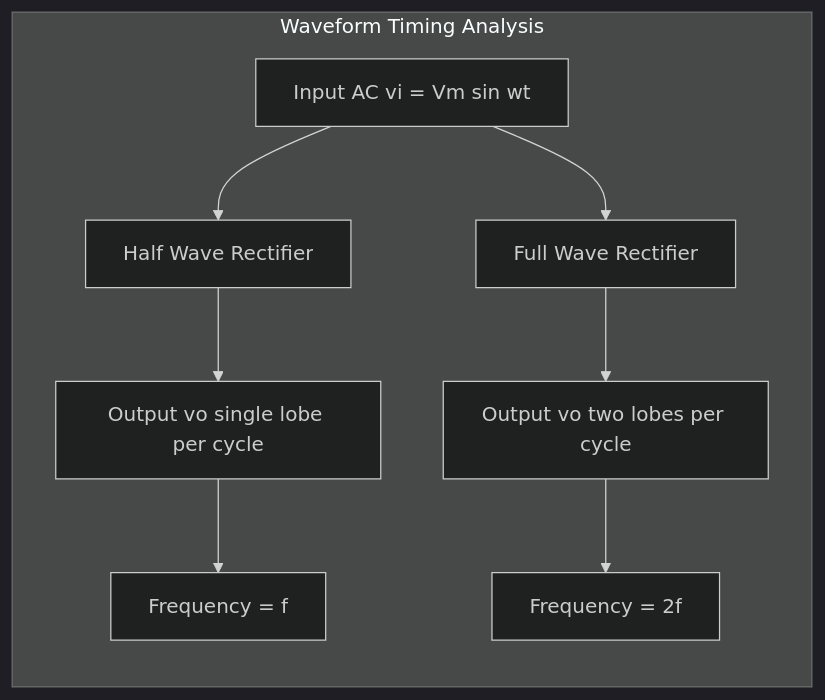
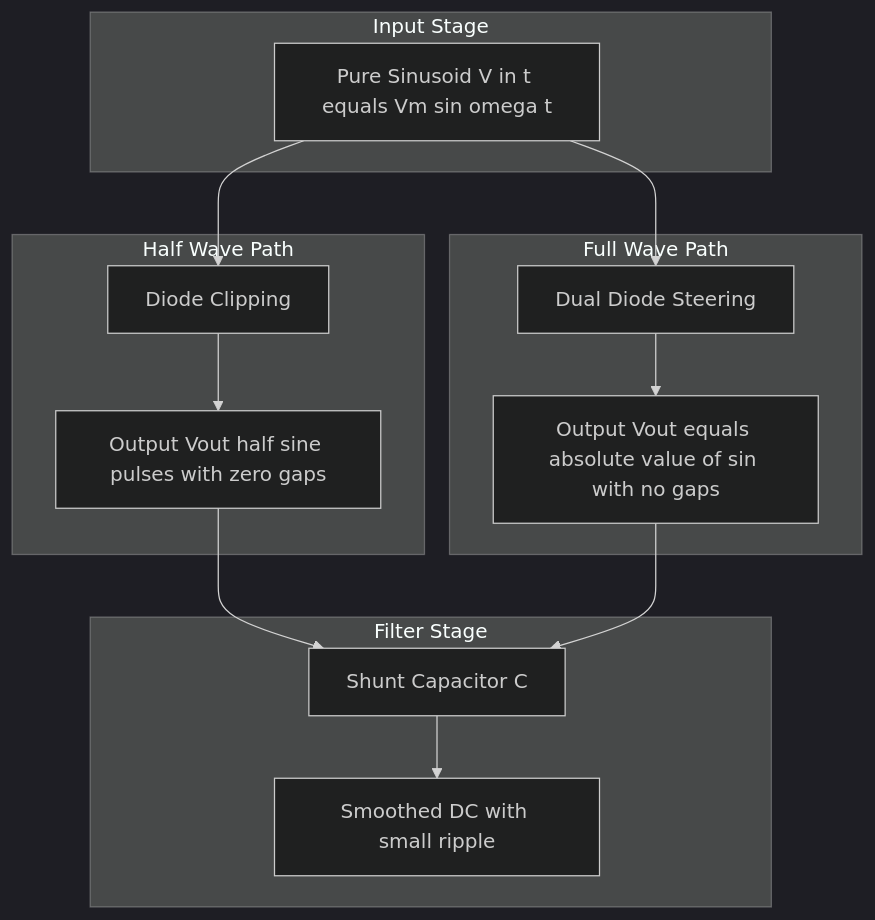
Before and after one commit to vishnuu-kr/ktunode: the fourth of 4 diagrams in public/notes/computer-science-and-engineering/semester-1/gapht121-physics-for-information-science/04-module-4-semiconductor-devices/semiconductor-devices-rectifiers-full-wave-and-half-wave/notes.md, drawn with Mermaid (dark theme). The commit also changed other lines of this file and 4829 other files, not shown here.

````diff
--- a/public/notes/computer-science-and-engineering/semester-1/gapht121-physics-for-information-science/04-module-4-semiconductor-devices/semiconductor-devices-rectifiers-full-wave-and-half-wave/notes.md
+++ b/public/notes/computer-science-and-engineering/semester-1/gapht121-physics-for-information-science/04-module-4-semiconductor-devices/semiconductor-devices-rectifiers-full-wave-and-half-wave/notes.md
@@ -516,12 +608,25 @@
 ```mermaid
-flowchart TB
-    subgraph WF[Waveform Timing Analysis]
-        direction TB
-        A[Input AC vi = Vm sin wt] --> B[Half Wave Rectifier]
-        A --> C[Full Wave Rectifier]
-        B --> D[Output vo single lobe per cycle]
-        C --> E[Output vo two lobes per cycle]
-        D --> F[Frequency = f]
-        E --> G[Frequency = 2f]
+flowchart TD
+    subgraph Input_Stage[Input Stage]
+        Sin[Pure Sinusoid V in t equals Vm sin omega t]
     end
+    subgraph HWR_Path[Half Wave Path]
+        H1[Diode Clipping]
+        H2[Output Vout half sine pulses with zero gaps]
+    end
+    subgraph FWR_Path[Full Wave Path]
+        F1[Dual Diode Steering]
+        F2[Output Vout equals absolute value of sin with no gaps]
+    end
+    subgraph Filter_Stage[Filter Stage]
+        Cap1[Shunt Capacitor C]
+        Cap2[Smoothed DC with small ripple]
+    end
+    Sin --> H1
+    H1 --> H2
+    Sin --> F1
+    F1 --> F2
+    H2 --> Cap1
+    F2 --> Cap1
+    Cap1 --> Cap2
 ```
````
